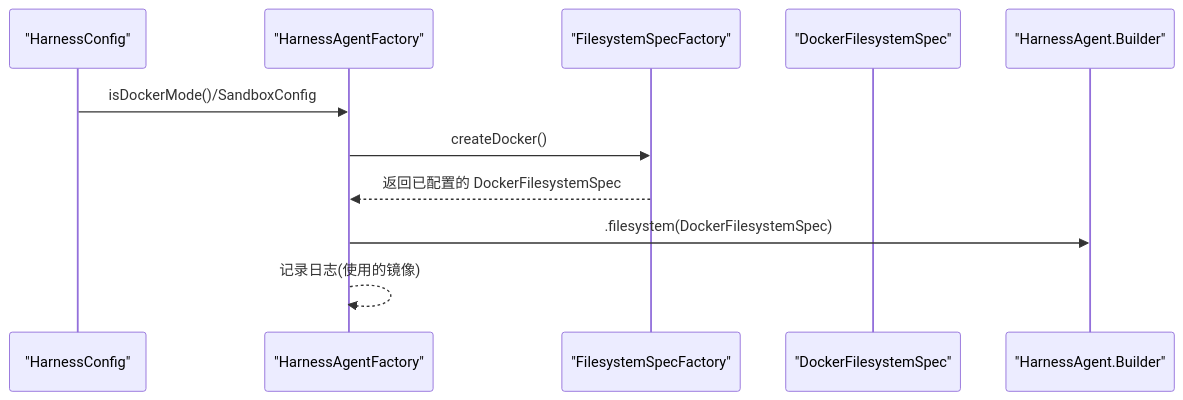
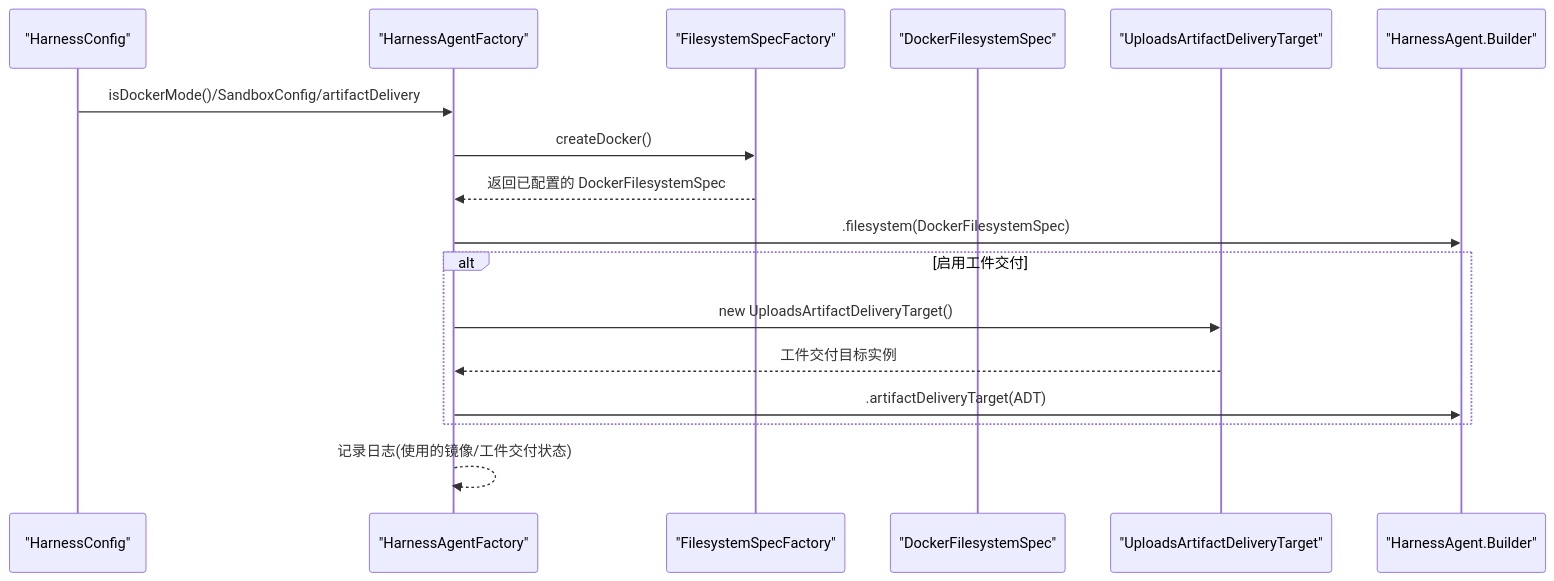
One commit to tinyhu/agentscope-demo changed the second of 7 diagrams in .qoder/repowiki/zh/content/Harness 框架/沙箱环境隔离/Docker 沙箱模式.md. Above: the diagram before and after it, drawn with Mermaid. The commit also changed other lines of this file and 111 other files, not shown here.

````diff
--- a/.qoder/repowiki/zh/content/Harness 框架/沙箱环境隔离/Docker 沙箱模式.md
+++ b/.qoder/repowiki/zh/content/Harness 框架/沙箱环境隔离/Docker 沙箱模式.md
@@ -70,14 +90,19 @@
 ```mermaid
 sequenceDiagram
-    participant CFG as "HarnessConfig"
-    participant HF as "HarnessAgentFactory"
-    participant FSP as "FilesystemSpecFactory"
-    participant FS as "DockerFilesystemSpec"
-    participant AG as "HarnessAgent.Builder"
-
-    CFG->>HF: isDockerMode()/SandboxConfig
-    HF->>FSP: createDocker()
-    FSP-->>HF: 返回已配置的 DockerFilesystemSpec
-    HF->>AG: .filesystem(DockerFilesystemSpec)
-    HF-->>HF: 记录日志(使用的镜像)
+participant CFG as "HarnessConfig"
+participant HF as "HarnessAgentFactory"
+participant FSP as "FilesystemSpecFactory"
+participant FS as "DockerFilesystemSpec"
+participant ADT as "UploadsArtifactDeliveryTarget"
+participant AG as "HarnessAgent.Builder"
+CFG->>HF : isDockerMode()/SandboxConfig/artifactDelivery
+HF->>FSP : createDocker()
+FSP-->>HF : 返回已配置的 DockerFilesystemSpec
+HF->>AG : .filesystem(DockerFilesystemSpec)
+alt 启用工件交付
+HF->>ADT : new UploadsArtifactDeliveryTarget()
+ADT-->>HF : 工件交付目标实例
+HF->>AG : .artifactDeliveryTarget(ADT)
+end
+HF-->>HF : 记录日志(使用的镜像/工件交付状态)
 ```
````
